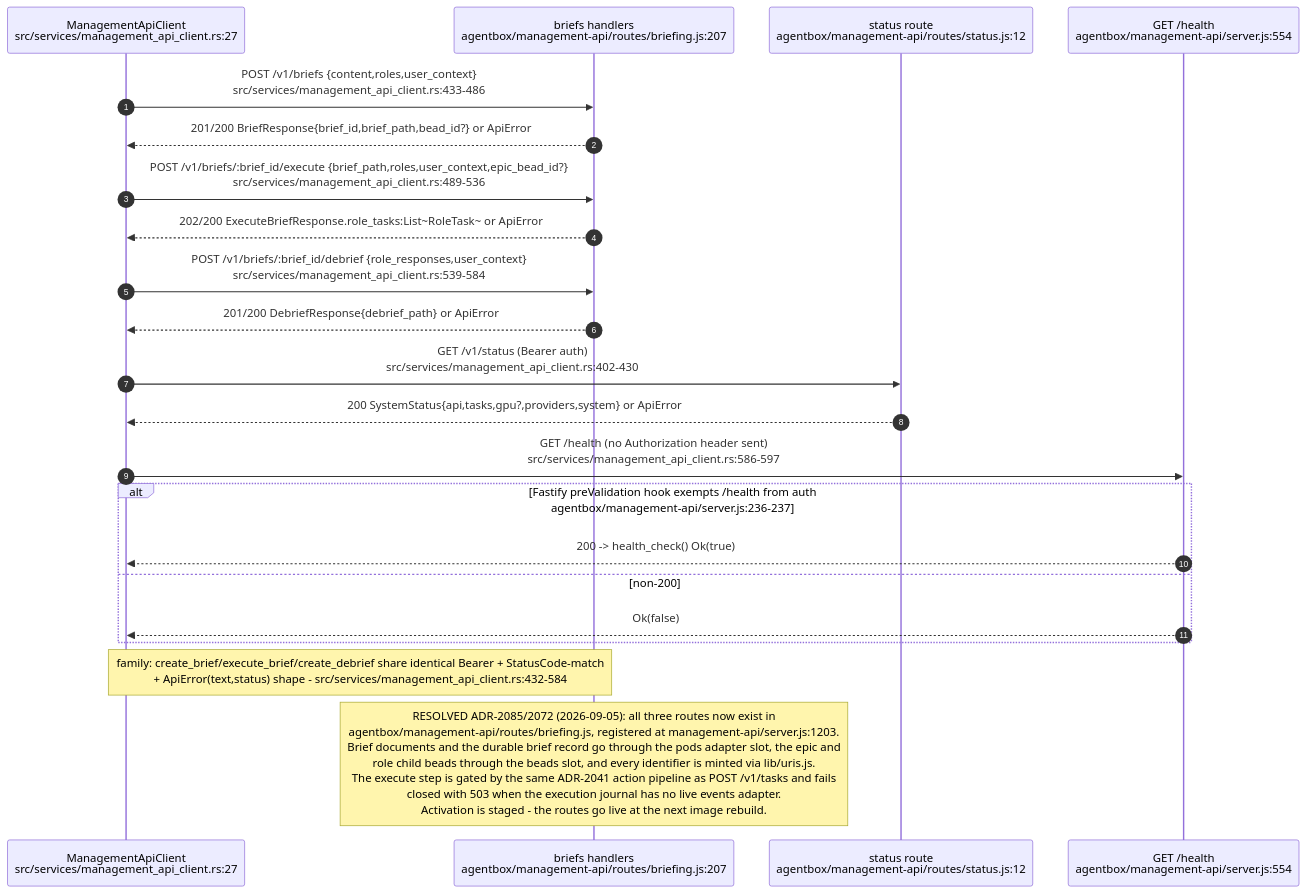
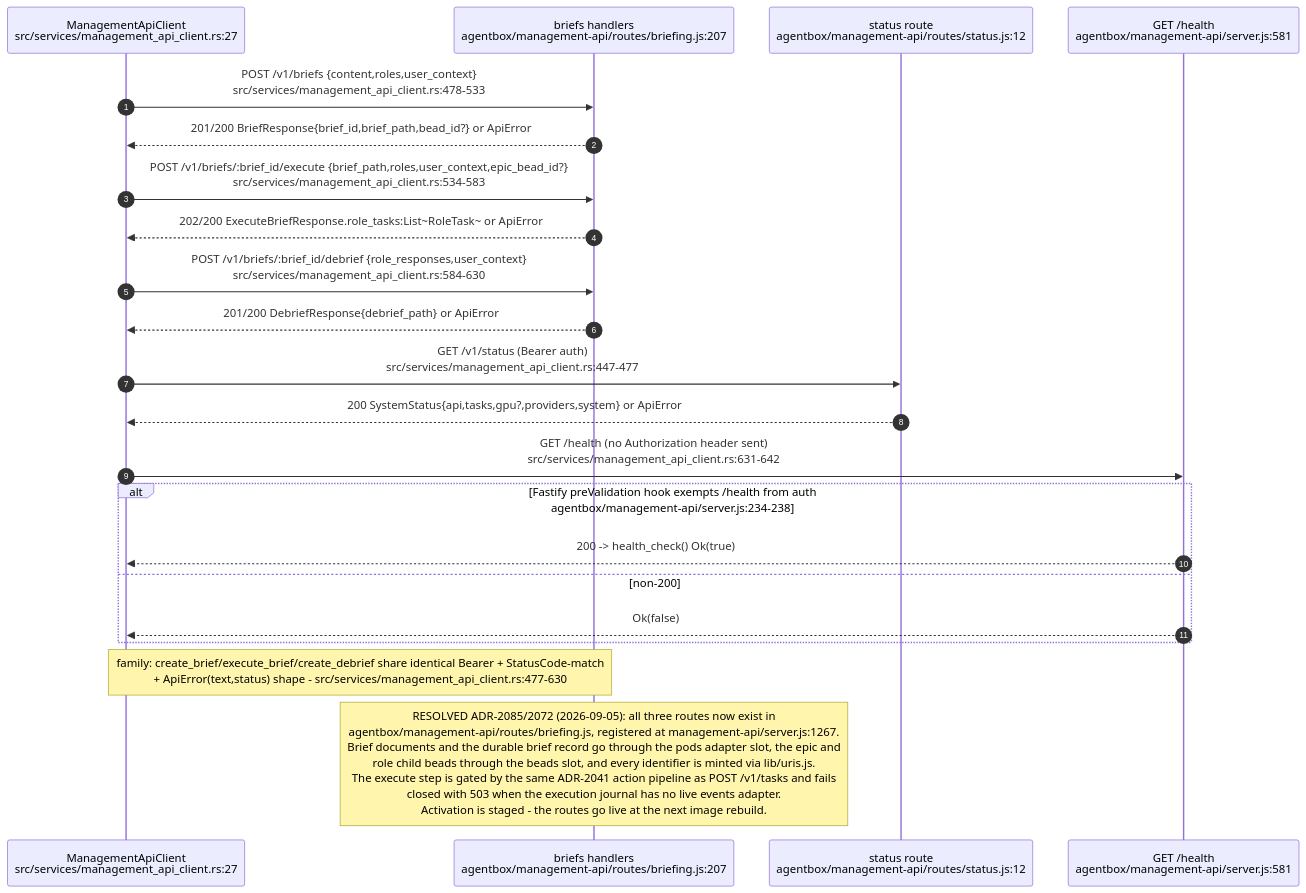
Diagram 11 of 12 in docs/diagrams/estate/02-agent-events-agentbox-to-visionclaw.md (DreamLab-AI/VisionFlow), drawn with Mermaid before and after one commit. The commit also changed other lines of this file and 111 other files, not shown here.

Commit message:
docs(diagrams): align estate maps with current source

````diff
--- a/docs/diagrams/estate/02-agent-events-agentbox-to-visionclaw.md
+++ b/docs/diagrams/estate/02-agent-events-agentbox-to-visionclaw.md
@@ -466,25 +466,25 @@
 ```mermaid
 sequenceDiagram
     autonumber
     participant VC as ManagementApiClient<br/>src/services/management_api_client.rs:27
     participant BRF as briefs handlers<br/>agentbox/management-api/routes/briefing.js:207
     participant STA as status route<br/>agentbox/management-api/routes/status.js:12
-    participant HLT as GET /health<br/>agentbox/management-api/server.js:554
+    participant HLT as GET /health<br/>agentbox/management-api/server.js:581
 
-    VC->>BRF: POST /v1/briefs {content,roles,user_context}<br/>src/services/management_api_client.rs:433-486
+    VC->>BRF: POST /v1/briefs {content,roles,user_context}<br/>src/services/management_api_client.rs:478-533
     BRF-->>VC: 201/200 BriefResponse{brief_id,brief_path,bead_id?} or ApiError
-    VC->>BRF: POST /v1/briefs/:brief_id/execute {brief_path,roles,user_context,epic_bead_id?}<br/>src/services/management_api_client.rs:489-536
+    VC->>BRF: POST /v1/briefs/:brief_id/execute {brief_path,roles,user_context,epic_bead_id?}<br/>src/services/management_api_client.rs:534-583
     BRF-->>VC: 202/200 ExecuteBriefResponse.role_tasks:List~RoleTask~ or ApiError
-    VC->>BRF: POST /v1/briefs/:brief_id/debrief {role_responses,user_context}<br/>src/services/management_api_client.rs:539-584
+    VC->>BRF: POST /v1/briefs/:brief_id/debrief {role_responses,user_context}<br/>src/services/management_api_client.rs:584-630
     BRF-->>VC: 201/200 DebriefResponse{debrief_path} or ApiError
-    VC->>STA: GET /v1/status (Bearer auth)<br/>src/services/management_api_client.rs:402-430
+    VC->>STA: GET /v1/status (Bearer auth)<br/>src/services/management_api_client.rs:447-477
     STA-->>VC: 200 SystemStatus{api,tasks,gpu?,providers,system} or ApiError
-    VC->>HLT: GET /health (no Authorization header sent)<br/>src/services/management_api_client.rs:586-597
-    alt Fastify preValidation hook exempts /health from auth<br/>agentbox/management-api/server.js:236-237
+    VC->>HLT: GET /health (no Authorization header sent)<br/>src/services/management_api_client.rs:631-642
+    alt Fastify preValidation hook exempts /health from auth<br/>agentbox/management-api/server.js:234-238
         HLT-->>VC: 200 -> health_check() Ok(true)
     else non-200
         HLT-->>VC: Ok(false)
     end
-    Note over VC,BRF: family: create_brief/execute_brief/create_debrief share identical Bearer + StatusCode-match<br/>+ ApiError(text,status) shape - src/services/management_api_client.rs:432-584
-    Note over BRF: RESOLVED ADR-2085/2072 (2026-09-05): all three routes now exist in<br/>agentbox/management-api/routes/briefing.js, registered at management-api/server.js:1203.<br/>Brief documents and the durable brief record go through the pods adapter slot, the epic and<br/>role child beads through the beads slot, and every identifier is minted via lib/uris.js.<br/>The execute step is gated by the same ADR-2041 action pipeline as POST /v1/tasks and fails<br/>closed with 503 when the execution journal has no live events adapter.<br/>Activation is staged - the routes go live at the next image rebuild.
+    Note over VC,BRF: family: create_brief/execute_brief/create_debrief share identical Bearer + StatusCode-match<br/>+ ApiError(text,status) shape - src/services/management_api_client.rs:477-630
+    Note over BRF: RESOLVED ADR-2085/2072 (2026-09-05): all three routes now exist in<br/>agentbox/management-api/routes/briefing.js, registered at management-api/server.js:1267.<br/>Brief documents and the durable brief record go through the pods adapter slot, the epic and<br/>role child beads through the beads slot, and every identifier is minted via lib/uris.js.<br/>The execute step is gated by the same ADR-2041 action pipeline as POST /v1/tasks and fails<br/>closed with 503 when the execution journal has no live events adapter.<br/>Activation is staged - the routes go live at the next image rebuild.
 ```
````
